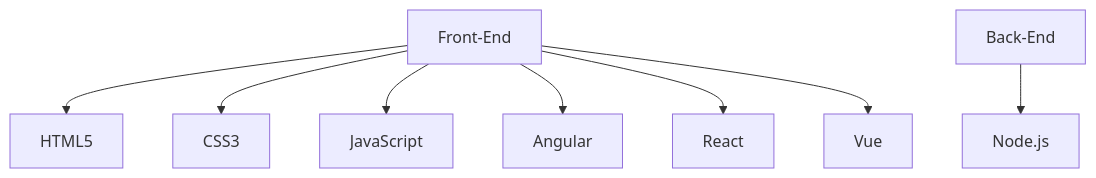
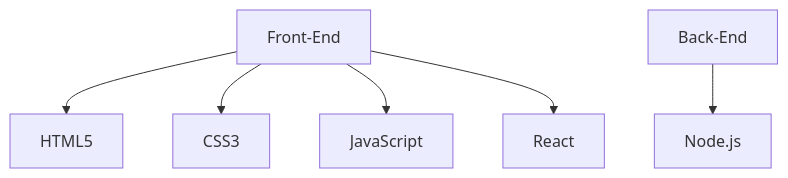
Before and after one commit to Diegocelsia/diegocelsia: the diagram in README.md, drawn with Mermaid.

````diff
--- a/README.md
+++ b/README.md
@@ -45,10 +45,8 @@
 ```mermaid
 graph TD;
     Front-End-->HTML5;
     Front-End-->CSS3;
     Front-End-->JavaScript;
-    Front-End-->Angular;
     Front-End-->React;
-    Front-End-->Vue;
     Back-End-->Node.js;
 ```
````
